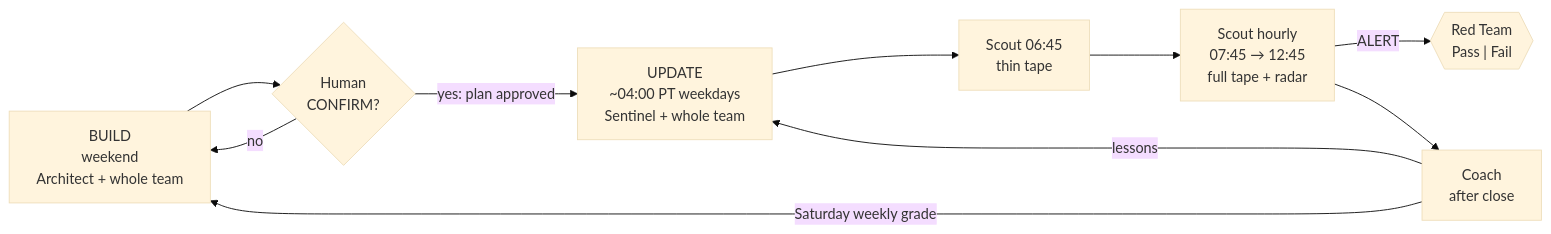
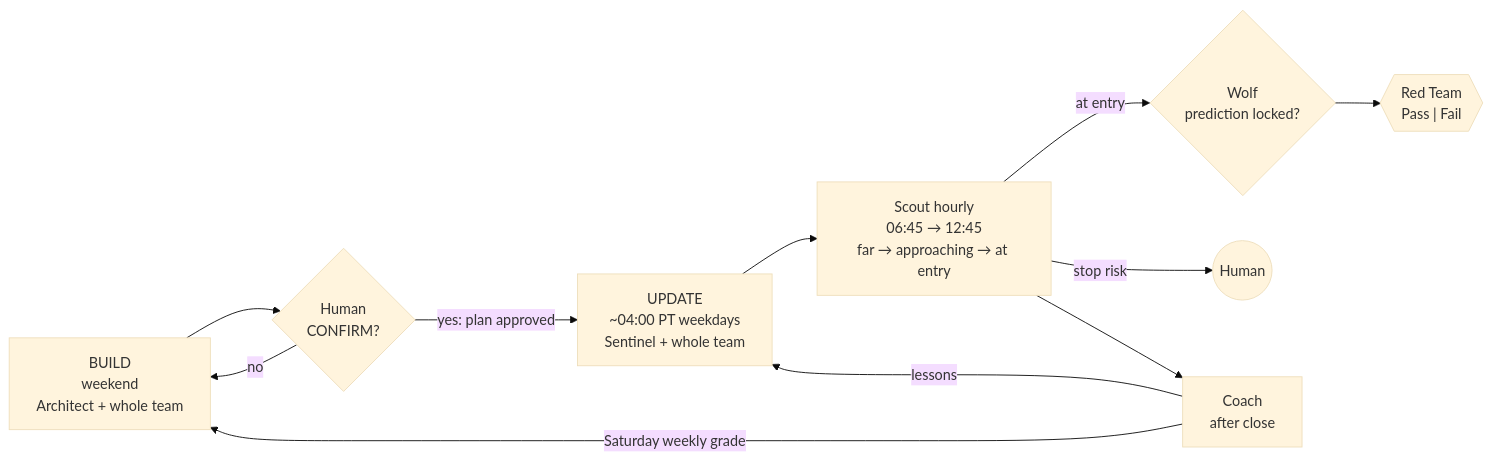
The third of 7 diagrams in docs/ARCHITECTURE.md (imranchatur-cpu/TradeOps-Public), drawn with Mermaid (base theme) before and after one commit. The commit also changed other lines of this file and 11 other files, not shown here.

First line of the commit message:
Update public pack for redesign v2: staged Scout, Red Team checklist, overrides, DB arm guard

````diff
--- a/docs/ARCHITECTURE.md
+++ b/docs/ARCHITECTURE.md
@@ -110,12 +110,13 @@
 ```mermaid
 flowchart LR
     B["BUILD<br/>weekend<br/>Architect + whole team"] --> G{"Human<br/>CONFIRM?"}
     G -->|"no"| B
     G -->|"yes: plan approved"| U["UPDATE<br/>~04:00 PT weekdays<br/>Sentinel + whole team"]
-    U --> S1["Scout 06:45<br/>thin tape"]
-    S1 --> S2["Scout hourly<br/>07:45 → 12:45<br/>full tape + radar"]
-    S2 -->|"ALERT"| RT{{"Red Team<br/>Pass | Fail"}}
+    U --> S2["Scout hourly<br/>06:45 → 12:45<br/>far → approaching → at entry"]
+    S2 -->|"at entry"| W{"Wolf<br/>prediction locked?"}
+    W --> RT{{"Red Team<br/>Pass | Fail"}}
+    S2 -->|"stop risk"| H(("Human"))
     S2 --> C["Coach<br/>after close"]
     C -->|"lessons"| U
     C -->|"Saturday weekly grade"| B
 ```
````
